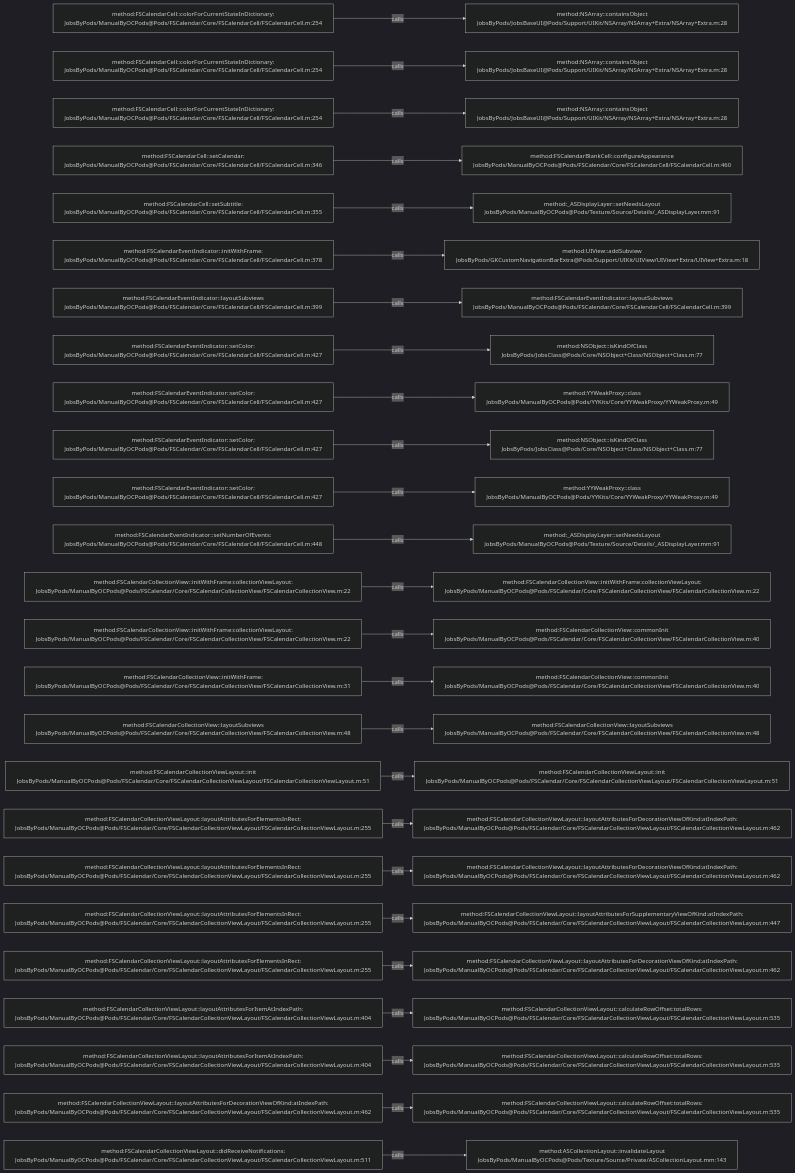
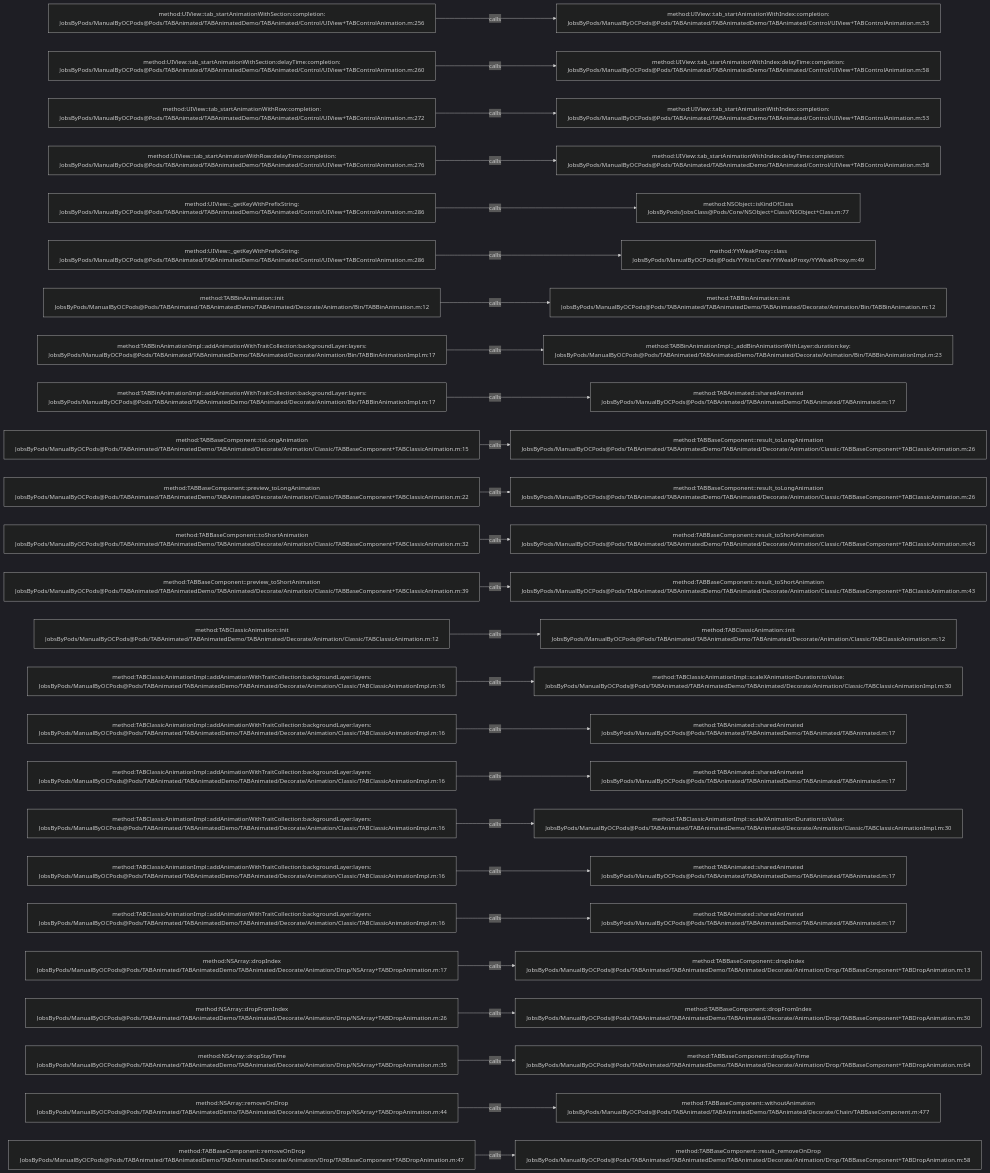
The diagram in .codegraph/codegraph.md/graphs/calls-191.md (JobsKits/JobsOCBaseConfigDemo), drawn with Mermaid (dark theme) before and after one commit. The commit also changed 639 other files, not shown here.

````diff
--- a/.codegraph/codegraph.md/graphs/calls-191.md
+++ b/.codegraph/codegraph.md/graphs/calls-191.md
@@ -13,78 +13,78 @@
 ```mermaid
 flowchart LR
-  S1["method:FSCalendarCell::colorForCurrentStateInDictionary:<br/>JobsByPods/ManualByOCPods@Pods/FSCalendar/Core/FSCalendarCell/FSCalendarCell.m:254"]
-  T1["method:NSArray::containsObject<br/>JobsByPods/JobsBaseUI@Pods/Support/UIKit/NSArray/NSArray+Extra/NSArray+Extra.m:28"]
+  S1["method:UIView::tab_startAnimationWithSection:completion:<br/>JobsByPods/ManualByOCPods@Pods/TABAnimated/TABAnimatedDemo/TABAnimated/Control/UIView+TABControlAnimation.m:256"]
+  T1["method:UIView::tab_startAnimationWithIndex:completion:<br/>JobsByPods/ManualByOCPods@Pods/TABAnimated/TABAnimatedDemo/TABAnimated/Control/UIView+TABControlAnimation.m:53"]
   S1 -->|calls| T1
-  S2["method:FSCalendarCell::colorForCurrentStateInDictionary:<br/>JobsByPods/ManualByOCPods@Pods/FSCalendar/Core/FSCalendarCell/FSCalendarCell.m:254"]
-  T2["method:NSArray::containsObject<br/>JobsByPods/JobsBaseUI@Pods/Support/UIKit/NSArray/NSArray+Extra/NSArray+Extra.m:28"]
+  S2["method:UIView::tab_startAnimationWithSection:delayTime:completion:<br/>JobsByPods/ManualByOCPods@Pods/TABAnimated/TABAnimatedDemo/TABAnimated/Control/UIView+TABControlAnimation.m:260"]
+  T2["method:UIView::tab_startAnimationWithIndex:delayTime:completion:<br/>JobsByPods/ManualByOCPods@Pods/TABAnimated/TABAnimatedDemo/TABAnimated/Control/UIView+TABControlAnimation.m:58"]
   S2 -->|calls| T2
-  S3["method:FSCalendarCell::colorForCurrentStateInDictionary:<br/>JobsByPods/ManualByOCPods@Pods/FSCalendar/Core/FSCalendarCell/FSCalendarCell.m:254"]
-  T3["method:NSArray::containsObject<br/>JobsByPods/JobsBaseUI@Pods/Support/UIKit/NSArray/NSArray+Extra/NSArray+Extra.m:28"]
+  S3["method:UIView::tab_startAnimationWithRow:completion:<br/>JobsByPods/ManualByOCPods@Pods/TABAnimated/TABAnimatedDemo/TABAnimated/Control/UIView+TABControlAnimation.m:272"]
+  T3["method:UIView::tab_startAnimationWithIndex:completion:<br/>JobsByPods/ManualByOCPods@Pods/TABAnimated/TABAnimatedDemo/TABAnimated/Control/UIView+TABControlAnimation.m:53"]
   S3 -->|calls| T3
-  S4["method:FSCalendarCell::setCalendar:<br/>JobsByPods/ManualByOCPods@Pods/FSCalendar/Core/FSCalendarCell/FSCalendarCell.m:346"]
-  T4["method:FSCalendarBlankCell::configureAppearance<br/>JobsByPods/ManualByOCPods@Pods/FSCalendar/Core/FSCalendarCell/FSCalendarCell.m:460"]
+  S4["method:UIView::tab_startAnimationWithRow:delayTime:completion:<br/>JobsByPods/ManualByOCPods@Pods/TABAnimated/TABAnimatedDemo/TABAnimated/Control/UIView+TABControlAnimation.m:276"]
+  T4["method:UIView::tab_startAnimationWithIndex:delayTime:completion:<br/>JobsByPods/ManualByOCPods@Pods/TABAnimated/TABAnimatedDemo/TABAnimated/Control/UIView+TABControlAnimation.m:58"]
   S4 -->|calls| T4
-  S5["method:FSCalendarCell::setSubtitle:<br/>JobsByPods/ManualByOCPods@Pods/FSCalendar/Core/FSCalendarCell/FSCalendarCell.m:355"]
-  T5["method:_ASDisplayLayer::setNeedsLayout<br/>JobsByPods/ManualByOCPods@Pods/Texture/Source/Details/_ASDisplayLayer.mm:91"]
+  S5["method:UIView::_getKeyWithPrefixString:<br/>JobsByPods/ManualByOCPods@Pods/TABAnimated/TABAnimatedDemo/TABAnimated/Control/UIView+TABControlAnimation.m:286"]
+  T5["method:NSObject::isKindOfClass<br/>JobsByPods/JobsClass@Pods/Core/NSObject+Class/NSObject+Class.m:77"]
   S5 -->|calls| T5
-  S6["method:FSCalendarEventIndicator::initWithFrame:<br/>JobsByPods/ManualByOCPods@Pods/FSCalendar/Core/FSCalendarCell/FSCalendarCell.m:378"]
-  T6["method:UIView::addSubview<br/>JobsByPods/GKCustomNavigationBarExtra@Pods/Support/UIKit/UIView/UIView+Extra/UIView+Extra.m:18"]
+  S6["method:UIView::_getKeyWithPrefixString:<br/>JobsByPods/ManualByOCPods@Pods/TABAnimated/TABAnimatedDemo/TABAnimated/Control/UIView+TABControlAnimation.m:286"]
+  T6["method:YYWeakProxy::class<br/>JobsByPods/ManualByOCPods@Pods/YYKits/Core/YYWeakProxy/YYWeakProxy.m:49"]
   S6 -->|calls| T6
-  S7["method:FSCalendarEventIndicator::layoutSubviews<br/>JobsByPods/ManualByOCPods@Pods/FSCalendar/Core/FSCalendarCell/FSCalendarCell.m:399"]
-  T7["method:FSCalendarEventIndicator::layoutSubviews<br/>JobsByPods/ManualByOCPods@Pods/FSCalendar/Core/FSCalendarCell/FSCalendarCell.m:399"]
+  S7["method:TABBinAnimation::init<br/>JobsByPods/ManualByOCPods@Pods/TABAnimated/TABAnimatedDemo/TABAnimated/Decorate/Animation/Bin/TABBinAnimation.m:12"]
+  T7["method:TABBinAnimation::init<br/>JobsByPods/ManualByOCPods@Pods/TABAnimated/TABAnimatedDemo/TABAnimated/Decorate/Animation/Bin/TABBinAnimation.m:12"]
   S7 -->|calls| T7
-  S8["method:FSCalendarEventIndicator::setColor:<br/>JobsByPods/ManualByOCPods@Pods/FSCalendar/Core/FSCalendarCell/FSCalendarCell.m:427"]
-  T8["method:NSObject::isKindOfClass<br/>JobsByPods/JobsClass@Pods/Core/NSObject+Class/NSObject+Class.m:77"]
+  S8["method:TABBinAnimationImpl::addAnimationWithTraitCollection:backgroundLayer:layers:<br/>JobsByPods/ManualByOCPods@Pods/TABAnimated/TABAnimatedDemo/TABAnimated/Decorate/Animation/Bin/TABBinAnimationImpl.m:17"]
+  T8["method:TABBinAnimationImpl::_addBinAnimationWithLayer:duration:key:<br/>JobsByPods/ManualByOCPods@Pods/TABAnimated/TABAnimatedDemo/TABAnimated/Decorate/Animation/Bin/TABBinAnimationImpl.m:23"]
   S8 -->|calls| T8
-  S9["method:FSCalendarEventIndicator::setColor:<br/>JobsByPods/ManualByOCPods@Pods/FSCalendar/Core/FSCalendarCell/FSCalendarCell.m:427"]
-  T9["method:YYWeakProxy::class<br/>JobsByPods/ManualByOCPods@Pods/YYKits/Core/YYWeakProxy/YYWeakProxy.m:49"]
+  S9["method:TABBinAnimationImpl::addAnimationWithTraitCollection:backgroundLayer:layers:<br/>JobsByPods/ManualByOCPods@Pods/TABAnimated/TABAnimatedDemo/TABAnimated/Decorate/Animation/Bin/TABBinAnimationImpl.m:17"]
+  T9["method:TABAnimated::sharedAnimated<br/>JobsByPods/ManualByOCPods@Pods/TABAnimated/TABAnimatedDemo/TABAnimated/TABAnimated.m:17"]
   S9 -->|calls| T9
-  S10["method:FSCalendarEventIndicator::setColor:<br/>JobsByPods/ManualByOCPods@Pods/FSCalendar/Core/FSCalendarCell/FSCalendarCell.m:427"]
-  T10["method:NSObject::isKindOfClass<br/>JobsByPods/JobsClass@Pods/Core/NSObject+Class/NSObject+Class.m:77"]
+  S10["method:TABBaseComponent::toLongAnimation<br/>JobsByPods/ManualByOCPods@Pods/TABAnimated/TABAnimatedDemo/TABAnimated/Decorate/Animation/Classic/TABBaseComponent+TABClassicAnimation.m:15"]
+  T10["method:TABBaseComponent::result_toLongAnimation<br/>JobsByPods/ManualByOCPods@Pods/TABAnimated/TABAnimatedDemo/TABAnimated/Decorate/Animation/Classic/TABBaseComponent+TABClassicAnimation.m:26"]
   S10 -->|calls| T10
-  S11["method:FSCalendarEventIndicator::setColor:<br/>JobsByPods/ManualByOCPods@Pods/FSCalendar/Core/FSCalendarCell/FSCalendarCell.m:427"]
-  T11["method:YYWeakProxy::class<br/>JobsByPods/ManualByOCPods@Pods/YYKits/Core/YYWeakProxy/YYWeakProxy.m:49"]
+  S11["method:TABBaseComponent::preview_toLongAnimation<br/>JobsByPods/ManualByOCPods@Pods/TABAnimated/TABAnimatedDemo/TABAnimated/Decorate/Animation/Classic/TABBaseComponent+TABClassicAnimation.m:22"]
+  T11["method:TABBaseComponent::result_toLongAnimation<br/>JobsByPods/ManualByOCPods@Pods/TABAnimated/TABAnimatedDemo/TABAnimated/Decorate/Animation/Classic/TABBaseComponent+TABClassicAnimation.m:26"]
   S11 -->|calls| T11
-  S12["method:FSCalendarEventIndicator::setNumberOfEvents:<br/>JobsByPods/ManualByOCPods@Pods/FSCalendar/Core/FSCalendarCell/FSCalendarCell.m:448"]
-  T12["method:_ASDisplayLayer::setNeedsLayout<br/>JobsByPods/ManualByOCPods@Pods/Texture/Source/Details/_ASDisplayLayer.mm:91"]
+  S12["method:TABBaseComponent::toShortAnimation<br/>JobsByPods/ManualByOCPods@Pods/TABAnimated/TABAnimatedDemo/TABAnimated/Decorate/Animation/Classic/TABBaseComponent+TABClassicAnimation.m:32"]
+  T12["method:TABBaseComponent::result_toShortAnimation<br/>JobsByPods/ManualByOCPods@Pods/TABAnimated/TABAnimatedDemo/TABAnimated/Decorate/Animation/Classic/TABBaseComponent+TABClassicAnimation.m:43"]
   S12 -->|calls| T12
-  S13["method:FSCalendarCollectionView::initWithFrame:collectionViewLayout:<br/>JobsByPods/ManualByOCPods@Pods/FSCalendar/Core/FSCalendarCollectionView/FSCalendarCollectionView.m:22"]
-  T13["method:FSCalendarCollectionView::initWithFrame:collectionViewLayout:<br/>JobsByPods/ManualByOCPods@Pods/FSCalendar/Core/FSCalendarCollectionView/FSCalendarCollectionView.m:22"]
+  S13["method:TABBaseComponent::preview_toShortAnimation<br/>JobsByPods/ManualByOCPods@Pods/TABAnimated/TABAnimatedDemo/TABAnimated/Decorate/Animation/Classic/TABBaseComponent+TABClassicAnimation.m:39"]
+  T13["method:TABBaseComponent::result_toShortAnimation<br/>JobsByPods/ManualByOCPods@Pods/TABAnimated/TABAnimatedDemo/TABAnimated/Decorate/Animation/Classic/TABBaseComponent+TABClassicAnimation.m:43"]
   S13 -->|calls| T13
-  S14["method:FSCalendarCollectionView::initWithFrame:collectionViewLayout:<br/>JobsByPods/ManualByOCPods@Pods/FSCalendar/Core/FSCalendarCollectionView/FSCalendarCollectionView.m:22"]
-  T14["method:FSCalendarCollectionView::commonInit<br/>JobsByPods/ManualByOCPods@Pods/FSCalendar/Core/FSCalendarCollectionView/FSCalendarCollectionView.m:40"]
+  S14["method:TABClassicAnimation::init<br/>JobsByPods/ManualByOCPods@Pods/TABAnimated/TABAnimatedDemo/TABAnimated/Decorate/Animation/Classic/TABClassicAnimation.m:12"]
+  T14["method:TABClassicAnimation::init<br/>JobsByPods/ManualByOCPods@Pods/TABAnimated/TABAnimatedDemo/TABAnimated/Decorate/Animation/Classic/TABClassicAnimation.m:12"]
   S14 -->|calls| T14
-  S15["method:FSCalendarCollectionView::initWithFrame:<br/>JobsByPods/ManualByOCPods@Pods/FSCalendar/Core/FSCalendarCollectionView/FSCalendarCollectionView.m:31"]
-  T15["method:FSCalendarCollectionView::commonInit<br/>JobsByPods/ManualByOCPods@Pods/FSCalendar/Core/FSCalendarCollectionView/FSCalendarCollectionView.m:40"]
+  S15["method:TABClassicAnimationImpl::addAnimationWithTraitCollection:backgroundLayer:layers:<br/>JobsByPods/ManualByOCPods@Pods/TABAnimated/TABAnimatedDemo/TABAnimated/Decorate/Animation/Classic/TABClassicAnimationImpl.m:16"]
+  T15["method:TABClassicAnimationImpl::scaleXAnimationDuration:toValue:<br/>JobsByPods/ManualByOCPods@Pods/TABAnimated/TABAnimatedDemo/TABAnimated/Decorate/Animation/Classic/TABClassicAnimationImpl.m:30"]
   S15 -->|calls| T15
-  S16["method:FSCalendarCollectionView::layoutSubviews<br/>JobsByPods/ManualByOCPods@Pods/FSCalendar/Core/FSCalendarCollectionView/FSCalendarCollectionView.m:48"]
-  T16["method:FSCalendarCollectionView::layoutSubviews<br/>JobsByPods/ManualByOCPods@Pods/FSCalendar/Core/FSCalendarCollectionView/FSCalendarCollectionView.m:48"]
+  S16["method:TABClassicAnimationImpl::addAnimationWithTraitCollection:backgroundLayer:layers:<br/>JobsByPods/ManualByOCPods@Pods/TABAnimated/TABAnimatedDemo/TABAnimated/Decorate/Animation/Classic/TABClassicAnimationImpl.m:16"]
+  T16["method:TABAnimated::sharedAnimated<br/>JobsByPods/ManualByOCPods@Pods/TABAnimated/TABAnimatedDemo/TABAnimated/TABAnimated.m:17"]
   S16 -->|calls| T16
-  S17["method:FSCalendarCollectionViewLayout::init<br/>JobsByPods/ManualByOCPods@Pods/FSCalendar/Core/FSCalendarCollectionViewLayout/FSCalendarCollectionViewLayout.m:51"]
-  T17["method:FSCalendarCollectionViewLayout::init<br/>JobsByPods/ManualByOCPods@Pods/FSCalendar/Core/FSCalendarCollectionViewLayout/FSCalendarCollectionViewLayout.m:51"]
+  S17["method:TABClassicAnimationImpl::addAnimationWithTraitCollection:backgroundLayer:layers:<br/>JobsByPods/ManualByOCPods@Pods/TABAnimated/TABAnimatedDemo/TABAnimated/Decorate/Animation/Classic/TABClassicAnimationImpl.m:16"]
+  T17["method:TABAnimated::sharedAnimated<br/>JobsByPods/ManualByOCPods@Pods/TABAnimated/TABAnimatedDemo/TABAnimated/TABAnimated.m:17"]
   S17 -->|calls| T17
-  S18["method:FSCalendarCollectionViewLayout::layoutAttributesForElementsInRect:<br/>JobsByPods/ManualByOCPods@Pods/FSCalendar/Core/FSCalendarCollectionViewLayout/FSCalendarCollectionViewLayout.m:255"]
-  T18["method:FSCalendarCollectionViewLayout::layoutAttributesForDecorationViewOfKind:atIndexPath:<br/>JobsByPods/ManualByOCPods@Pods/FSCalendar/Core/FSCalendarCollectionViewLayout/FSCalendarCollectionViewLayout.m:462"]
+  S18["method:TABClassicAnimationImpl::addAnimationWithTraitCollection:backgroundLayer:layers:<br/>JobsByPods/ManualByOCPods@Pods/TABAnimated/TABAnimatedDemo/TABAnimated/Decorate/Animation/Classic/TABClassicAnimationImpl.m:16"]
+  T18["method:TABClassicAnimationImpl::scaleXAnimationDuration:toValue:<br/>JobsByPods/ManualByOCPods@Pods/TABAnimated/TABAnimatedDemo/TABAnimated/Decorate/Animation/Classic/TABClassicAnimationImpl.m:30"]
   S18 -->|calls| T18
-  S19["method:FSCalendarCollectionViewLayout::layoutAttributesForElementsInRect:<br/>JobsByPods/ManualByOCPods@Pods/FSCalendar/Core/FSCalendarCollectionViewLayout/FSCalendarCollectionViewLayout.m:255"]
-  T19["method:FSCalendarCollectionViewLayout::layoutAttributesForDecorationViewOfKind:atIndexPath:<br/>JobsByPods/ManualByOCPods@Pods/FSCalendar/Core/FSCalendarCollectionViewLayout/FSCalendarCollectionViewLayout.m:462"]
+  S19["method:TABClassicAnimationImpl::addAnimationWithTraitCollection:backgroundLayer:layers:<br/>JobsByPods/ManualByOCPods@Pods/TABAnimated/TABAnimatedDemo/TABAnimated/Decorate/Animation/Classic/TABClassicAnimationImpl.m:16"]
+  T19["method:TABAnimated::sharedAnimated<br/>JobsByPods/ManualByOCPods@Pods/TABAnimated/TABAnimatedDemo/TABAnimated/TABAnimated.m:17"]
   S19 -->|calls| T19
-  S20["method:FSCalendarCollectionViewLayout::layoutAttributesForElementsInRect:<br/>JobsByPods/ManualByOCPods@Pods/FSCalendar/Core/FSCalendarCollectionViewLayout/FSCalendarCollectionViewLayout.m:255"]
-  T20["method:FSCalendarCollectionViewLayout::layoutAttributesForSupplementaryViewOfKind:atIndexPath:<br/>JobsByPods/ManualByOCPods@Pods/FSCalendar/Core/FSCalendarCollectionViewLayout/FSCalendarCollectionViewLayout.m:447"]
+  S20["method:TABClassicAnimationImpl::addAnimationWithTraitCollection:backgroundLayer:layers:<br/>JobsByPods/ManualByOCPods@Pods/TABAnimated/TABAnimatedDemo/TABAnimated/Decorate/Animation/Classic/TABClassicAnimationImpl.m:16"]
+  T20["method:TABAnimated::sharedAnimated<br/>JobsByPods/ManualByOCPods@Pods/TABAnimated/TABAnimatedDemo/TABAnimated/TABAnimated.m:17"]
   S20 -->|calls| T20
-  S21["method:FSCalendarCollectionViewLayout::layoutAttributesForElementsInRect:<br/>JobsByPods/ManualByOCPods@Pods/FSCalendar/Core/FSCalendarCollectionViewLayout/FSCalendarCollectionViewLayout.m:255"]
-  T21["method:FSCalendarCollectionViewLayout::layoutAttributesForDecorationViewOfKind:atIndexPath:<br/>JobsByPods/ManualByOCPods@Pods/FSCalendar/Core/FSCalendarCollectionViewLayout/FSCalendarCollectionViewLayout.m:462"]
+  S21["method:NSArray::dropIndex<br/>JobsByPods/ManualByOCPods@Pods/TABAnimated/TABAnimatedDemo/TABAnimated/Decorate/Animation/Drop/NSArray+TABDropAnimation.m:17"]
+  T21["method:TABBaseComponent::dropIndex<br/>JobsByPods/ManualByOCPods@Pods/TABAnimated/TABAnimatedDemo/TABAnimated/Decorate/Animation/Drop/TABBaseComponent+TABDropAnimation.m:13"]
   S21 -->|calls| T21
-  S22["method:FSCalendarCollectionViewLayout::layoutAttributesForItemAtIndexPath:<br/>JobsByPods/ManualByOCPods@Pods/FSCalendar/Core/FSCalendarCollectionViewLayout/FSCalendarCollectionViewLayout.m:404"]
-  T22["method:FSCalendarCollectionViewLayout::calculateRowOffset:totalRows:<br/>JobsByPods/ManualByOCPods@Pods/FSCalendar/Core/FSCalendarCollectionViewLayout/FSCalendarCollectionViewLayout.m:535"]
+  S22["method:NSArray::dropFromIndex<br/>JobsByPods/ManualByOCPods@Pods/TABAnimated/TABAnimatedDemo/TABAnimated/Decorate/Animation/Drop/NSArray+TABDropAnimation.m:26"]
+  T22["method:TABBaseComponent::dropFromIndex<br/>JobsByPods/ManualByOCPods@Pods/TABAnimated/TABAnimatedDemo/TABAnimated/Decorate/Animation/Drop/TABBaseComponent+TABDropAnimation.m:30"]
   S22 -->|calls| T22
-  S23["method:FSCalendarCollectionViewLayout::layoutAttributesForItemAtIndexPath:<br/>JobsByPods/ManualByOCPods@Pods/FSCalendar/Core/FSCalendarCollectionViewLayout/FSCalendarCollectionViewLayout.m:404"]
-  T23["method:FSCalendarCollectionViewLayout::calculateRowOffset:totalRows:<br/>JobsByPods/ManualByOCPods@Pods/FSCalendar/Core/FSCalendarCollectionViewLayout/FSCalendarCollectionViewLayout.m:535"]
+  S23["method:NSArray::dropStayTime<br/>JobsByPods/ManualByOCPods@Pods/TABAnimated/TABAnimatedDemo/TABAnimated/Decorate/Animation/Drop/NSArray+TABDropAnimation.m:35"]
+  T23["method:TABBaseComponent::dropStayTime<br/>JobsByPods/ManualByOCPods@Pods/TABAnimated/TABAnimatedDemo/TABAnimated/Decorate/Animation/Drop/TABBaseComponent+TABDropAnimation.m:64"]
   S23 -->|calls| T23
-  S24["method:FSCalendarCollectionViewLayout::layoutAttributesForDecorationViewOfKind:atIndexPath:<br/>JobsByPods/ManualByOCPods@Pods/FSCalendar/Core/FSCalendarCollectionViewLayout/FSCalendarCollectionViewLayout.m:462"]
-  T24["method:FSCalendarCollectionViewLayout::calculateRowOffset:totalRows:<br/>JobsByPods/ManualByOCPods@Pods/FSCalendar/Core/FSCalendarCollectionViewLayout/FSCalendarCollectionViewLayout.m:535"]
+  S24["method:NSArray::removeOnDrop<br/>JobsByPods/ManualByOCPods@Pods/TABAnimated/TABAnimatedDemo/TABAnimated/Decorate/Animation/Drop/NSArray+TABDropAnimation.m:44"]
+  T24["method:TABBaseComponent::withoutAnimation<br/>JobsByPods/ManualByOCPods@Pods/TABAnimated/TABAnimatedDemo/TABAnimated/Decorate/Chain/TABBaseComponent.m:477"]
   S24 -->|calls| T24
-  S25["method:FSCalendarCollectionViewLayout::didReceiveNotifications:<br/>JobsByPods/ManualByOCPods@Pods/FSCalendar/Core/FSCalendarCollectionViewLayout/FSCalendarCollectionViewLayout.m:511"]
-  T25["method:ASCollectionLayout::invalidateLayout<br/>JobsByPods/ManualByOCPods@Pods/Texture/Source/Private/ASCollectionLayout.mm:143"]
+  S25["method:TABBaseComponent::removeOnDrop<br/>JobsByPods/ManualByOCPods@Pods/TABAnimated/TABAnimatedDemo/TABAnimated/Decorate/Animation/Drop/TABBaseComponent+TABDropAnimation.m:47"]
+  T25["method:TABBaseComponent::result_removeOnDrop<br/>JobsByPods/ManualByOCPods@Pods/TABAnimated/TABAnimatedDemo/TABAnimated/Decorate/Animation/Drop/TABBaseComponent+TABDropAnimation.m:58"]
   S25 -->|calls| T25
 ```
````
